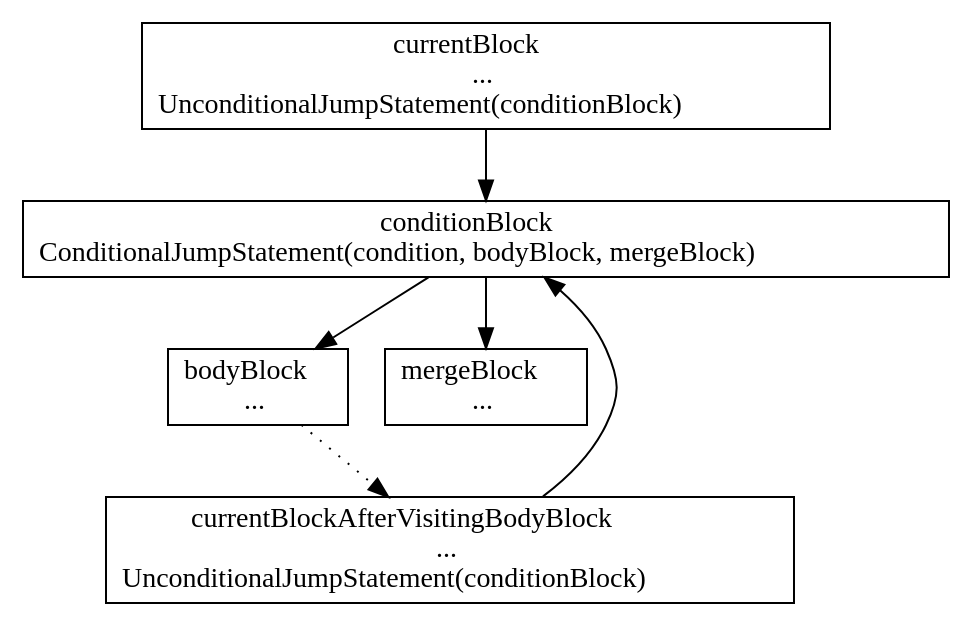
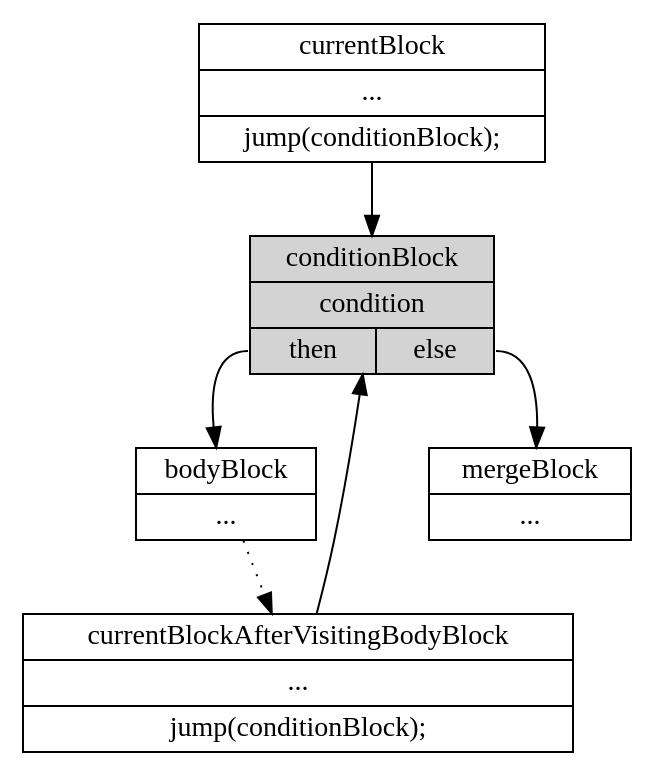
Before and after one commit to andreisilviudragnea/remove-recursion-inspection: the diagram in templates-master/theses/diploma/src/graph/while.dot, drawn with Graphviz. The commit also changed 10 other files, not shown here.

```diff
--- a/templates-master/theses/diploma/src/graph/while.dot
+++ b/templates-master/theses/diploma/src/graph/while.dot
@@ -1,13 +1,14 @@
 digraph G {
-    node [shape=box]
-    currentBlock [label=<currentBlock<BR/>...<BR/>UnconditionalJumpStatement(conditionBlock)>];
-    conditionBlock [label=<conditionBlock<BR/>ConditionalJumpStatement(condition, bodyBlock, mergeBlock)>];
-    currentBlockAfterVisitingBodyBlock [label=<currentBlockAfterVisitingBodyBlock<BR/>...<BR/>UnconditionalJumpStatement(conditionBlock)>];
-    bodyBlock [label=<bodyBlock<BR/>...>];
-    mergeBlock [label=<mergeBlock<BR/>...>];
+    node [shape=record];
+    conditionBlock [style=filled, color=black, fillcolor=lightgrey];
+    currentBlock [label="{currentBlock|...|jump(conditionBlock);}"];
+    conditionBlock [label="{conditionBlock|condition|{<true>then|<false>else}}"];
+    currentBlockAfterVisitingBodyBlock [label="{currentBlockAfterVisitingBodyBlock|...|jump(conditionBlock);}"];
+    bodyBlock [label="{bodyBlock|...}"];
+    mergeBlock [label="{mergeBlock|...}"];
     currentBlock -> conditionBlock;
-    conditionBlock -> bodyBlock;
-    conditionBlock -> mergeBlock;
+    conditionBlock:true -> bodyBlock;
+    conditionBlock:false -> mergeBlock;
     bodyBlock -> currentBlockAfterVisitingBodyBlock [style=dotted];
     currentBlockAfterVisitingBodyBlock -> conditionBlock;
 }
```
